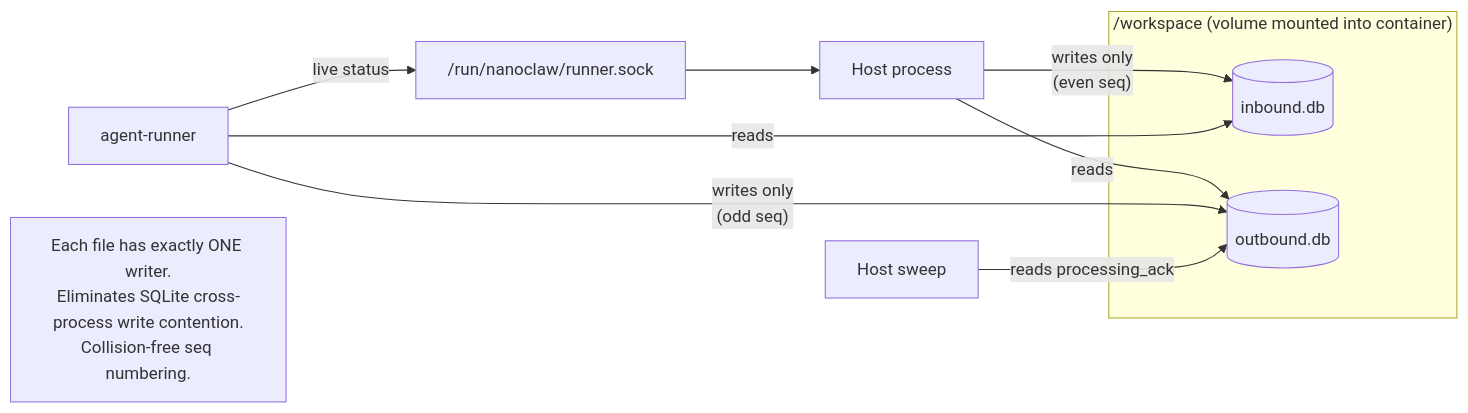
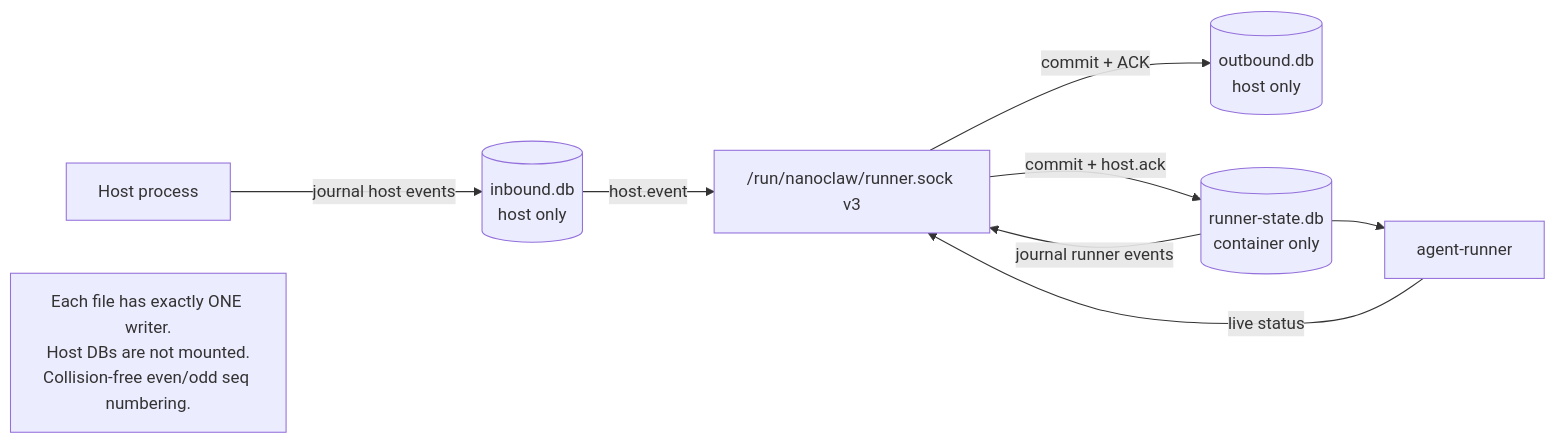
Before and after one commit to dtreskunov/bananaclaw: the fifth of 5 diagrams in docs/architecture-diagram.md, drawn with Mermaid. The commit also changed other lines of this file and 11 other files, not shown here.

First line of the commit message:
docs(architecture): describe bidirectional session projection

````diff
--- a/docs/architecture-diagram.md
+++ b/docs/architecture-diagram.md
@@ -205,18 +214,17 @@
 ```mermaid
 flowchart LR
-  subgraph Mount["/workspace (volume mounted into container)"]
-    In[("inbound.db")]
-    Out[("outbound.db")]
-  end
-  Link["/run/nanoclaw/runner.sock"]
+  In[("inbound.db<br/>host only")]
+  Out[("outbound.db<br/>host only")]
+  Link["/run/nanoclaw/runner.sock v3"]
+  RunnerState[("runner-state.db<br/>container only")]
 
-  Host[Host process] -->|"writes only<br/>(even seq)"| In
-  Host -->|reads| Out
-  Container[agent-runner] -->|reads| In
-  Container -->|"writes only<br/>(odd seq)"| Out
+  Host[Host process] -->|journal host events| In
+  In -->|host.event| Link
+  Link -->|commit + host.ack| RunnerState
+  RunnerState -->|journal runner events| Link
+  Link -->|commit + ACK| Out
+  RunnerState --> Container[agent-runner]
   Container -->|live status| Link
-  Link --> Host
-  HostSweep[Host sweep] -->|reads processing_ack| Out
 
-  note1["Each file has exactly ONE writer.<br/>Eliminates SQLite cross-process write contention.<br/>Collision-free seq numbering."]
+  note1["Each file has exactly ONE writer.<br/>Host DBs are not mounted.<br/>Collision-free even/odd seq numbering."]
 ```
````
